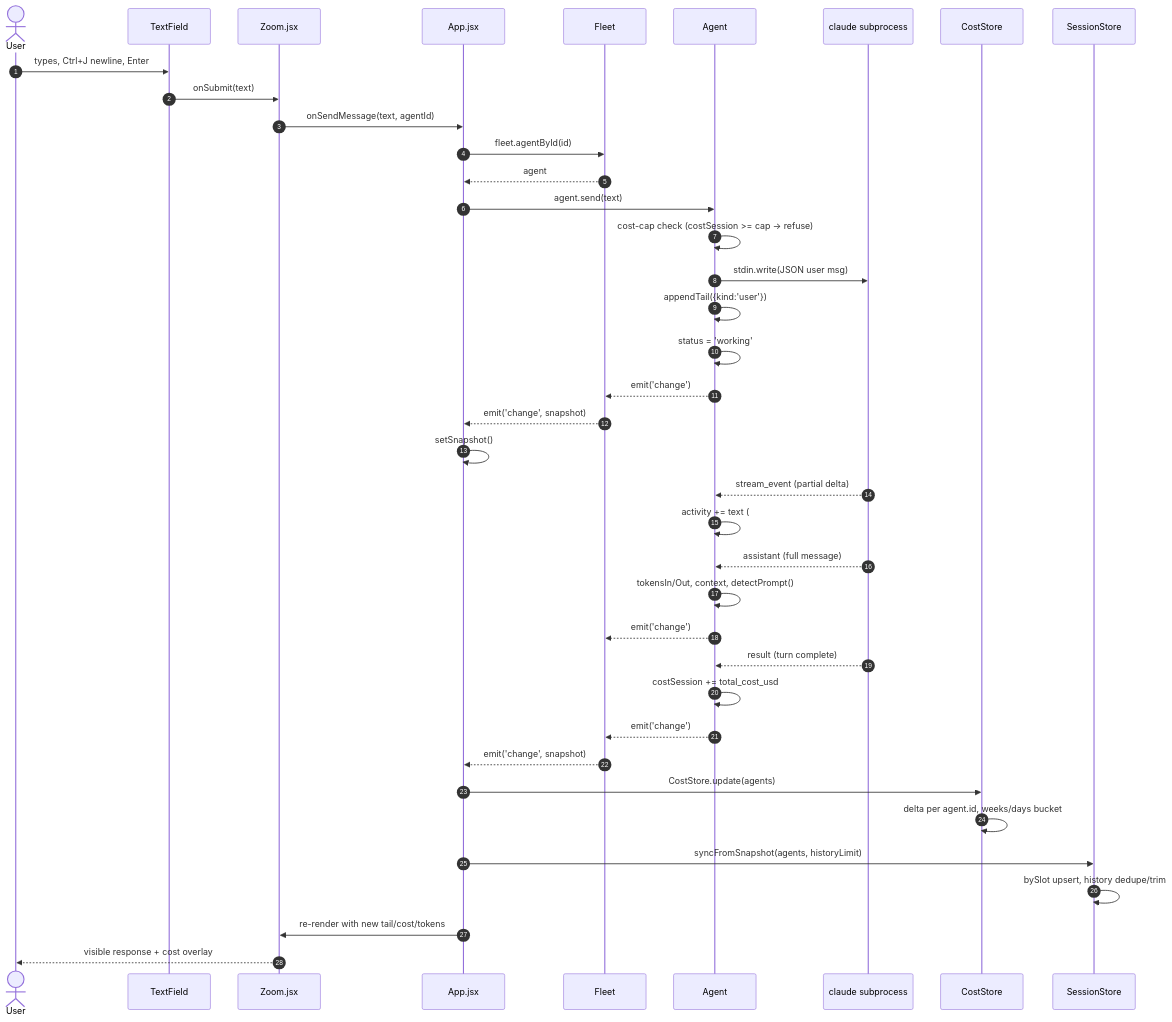
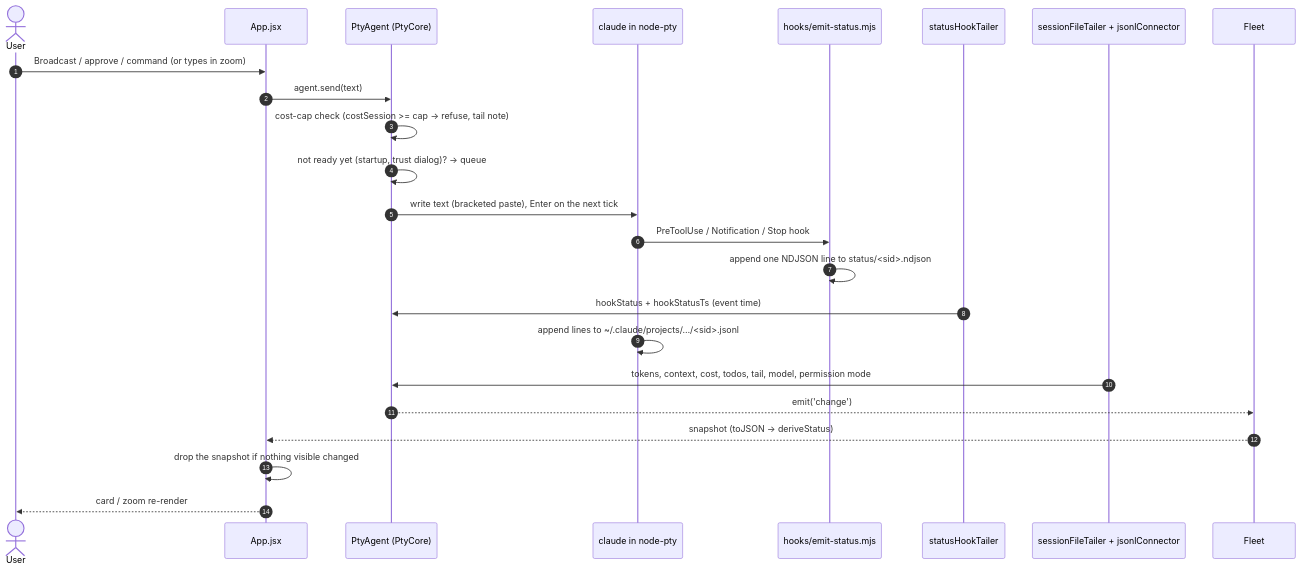
One commit to xxyjoel/ba-mission-control changed the second of 3 diagrams in docs/audit/ARCHITECTURE.md. Above: the diagram before and after it, drawn with Mermaid. The commit also changed other lines of this file and 14 other files, not shown here.

````diff
--- a/docs/audit/ARCHITECTURE.md
+++ b/docs/audit/ARCHITECTURE.md
@@ -180,43 +201,27 @@
 ```mermaid
 sequenceDiagram
     autonumber
     actor U as User
-    participant TF as TextField
-    participant ZM as Zoom.jsx
     participant AP as App.jsx
+    participant AG as PtyAgent (PtyCore)
+    participant PTY as claude in node-pty
+    participant HK as hooks/emit-status.mjs
+    participant ST as statusHookTailer
+    participant JT as sessionFileTailer + jsonlConnector
     participant FL as Fleet
-    participant AG as Agent
-    participant CL as claude subprocess
-    participant CS as CostStore
-    participant SS as SessionStore
 
-    U->>TF: types, Ctrl+J newline, Enter
-    TF->>ZM: onSubmit(text)
-    ZM->>AP: onSendMessage(text, agentId)
-    AP->>FL: fleet.agentById(id)
-    FL-->>AP: agent
+    U->>AP: Broadcast / approve / command (or types in zoom)
     AP->>AG: agent.send(text)
-    AG->>AG: cost-cap check (costSession >= cap → refuse)
-    AG->>CL: stdin.write(JSON user msg)
-    AG->>AG: appendTail({kind:'user'})
-    AG->>AG: status = 'working'
+    AG->>AG: cost-cap check (costSession >= cap → refuse, tail note)
+    AG->>AG: not ready yet (startup, trust dialog)? → queue
+    AG->>PTY: write text (bracketed paste), Enter on the next tick
+    PTY->>HK: PreToolUse / Notification / Stop hook
+    HK->>HK: append one NDJSON line to status/<sid>.ndjson
+    ST->>AG: hookStatus + hookStatusTs (event time)
+    PTY->>PTY: append lines to ~/.claude/projects/…/<sid>.jsonl
+    JT->>AG: tokens, context, cost, todos, tail, model, permission mode
     AG-->>FL: emit('change')
-    FL-->>AP: emit('change', snapshot)
-    AP->>AP: setSnapshot()
-
-    CL-->>AG: stream_event (partial delta)
-    AG->>AG: activity += text  (#scheduleChange, 50ms throttle)
-    CL-->>AG: assistant (full message)
-    AG->>AG: tokensIn/Out, context, detectPrompt()
-    AG-->>FL: emit('change')
-    CL-->>AG: result (turn complete)
-    AG->>AG: costSession += total_cost_usd
-    AG-->>FL: emit('change')
-    FL-->>AP: emit('change', snapshot)
-    AP->>CS: CostStore.update(agents)
-    CS->>CS: delta per agent.id, weeks/days bucket
-    AP->>SS: syncFromSnapshot(agents, historyLimit)
-    SS->>SS: bySlot upsert, history dedupe/trim
-    AP->>ZM: re-render with new tail/cost/tokens
-    ZM-->>U: visible response + cost overlay
+    FL-->>AP: snapshot (toJSON → deriveStatus)
+    AP->>AP: drop the snapshot if nothing visible changed
+    AP-->>U: card / zoom re-render
 ```
````
